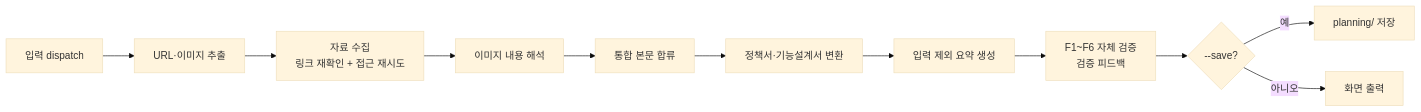
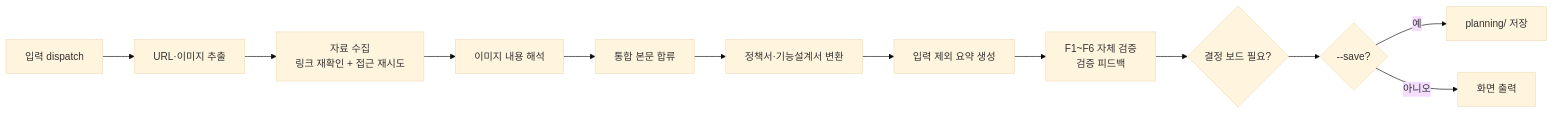
Before and after one commit to inkwonjung-colosseum/plugins: the second of 7 diagrams in planning-kit/docs/planning-kit-workflow-guide.md, drawn with Mermaid (base theme). The commit also changed other lines of this file and 33 other files, not shown here.

````diff
--- a/planning-kit/docs/planning-kit-workflow-guide.md
+++ b/planning-kit/docs/planning-kit-workflow-guide.md
@@ -55,13 +57,14 @@
 ```mermaid
 flowchart LR
   A["입력 dispatch"] --> B["URL·이미지 추출"]
   B --> C["자료 수집<br/>링크 재확인 + 접근 재시도"]
   C --> D["이미지 내용 해석"]
   D --> E["통합 본문 합류"]
   E --> F["정책서·기능설계서 변환"]
   F --> G["입력 제외 요약 생성"]
   G --> H["F1~F6 자체 검증<br/>검증 피드백"]
-  H --> I{"--save?"}
+  H --> DB{"결정 보드 필요?"}
+  DB --> I{"--save?"}
   I -->|"예"| J["planning/ 저장"]
   I -->|"아니오"| K["화면 출력"]
 ```
````
